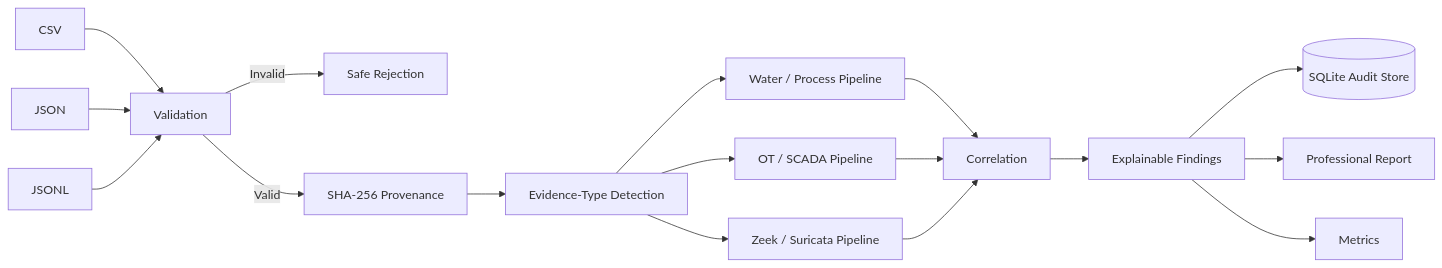
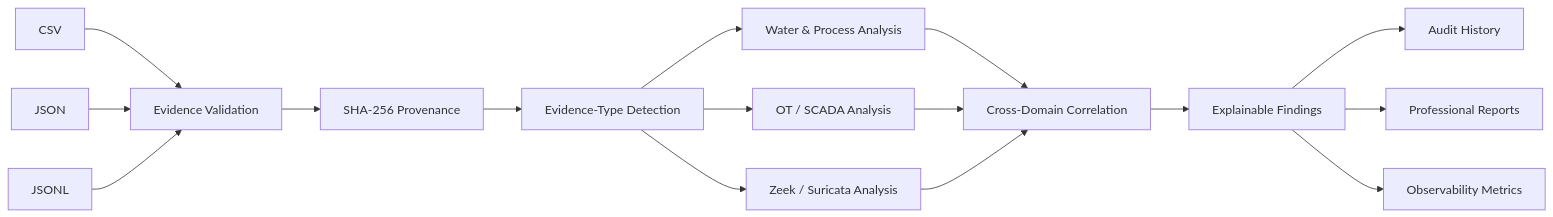
The second of 8 diagrams in README.md (HaziqBinAfzal/AquaVigil), drawn with Mermaid before and after one commit. The commit also changed other lines of this file, not shown here.

````diff
--- a/README.md
+++ b/README.md
@@ -92,19 +240,23 @@
 ```mermaid
 flowchart LR
-    A[CSV] --> V[Validation]
-    B[JSON] --> V
-    C[JSONL] --> V
-    V -->|Invalid| X[Safe Rejection]
-    V -->|Valid| H[SHA-256 Provenance]
-    H --> T[Evidence-Type Detection]
-    T --> W[Water / Process Pipeline]
-    T --> O[OT / SCADA Pipeline]
-    T --> Z[Zeek / Suricata Pipeline]
-    W --> C1[Correlation]
-    O --> C1
-    Z --> C1
-    C1 --> E[Explainable Findings]
-    E --> D[(SQLite Audit Store)]
-    E --> R[Professional Report]
-    E --> M[Metrics]
+    A["CSV"] --> D["Evidence Validation"]
+    B["JSON"] --> D
+    C["JSONL"] --> D
+
+    D --> E["SHA-256 Provenance"]
+    E --> F["Evidence-Type Detection"]
+
+    F --> G["Water & Process Analysis"]
+    F --> H["OT / SCADA Analysis"]
+    F --> I["Zeek / Suricata Analysis"]
+
+    G --> J["Cross-Domain Correlation"]
+    H --> J
+    I --> J
+
+    J --> K["Explainable Findings"]
+
+    K --> L["Audit History"]
+    K --> M["Professional Reports"]
+    K --> N["Observability Metrics"]
 ```
````
